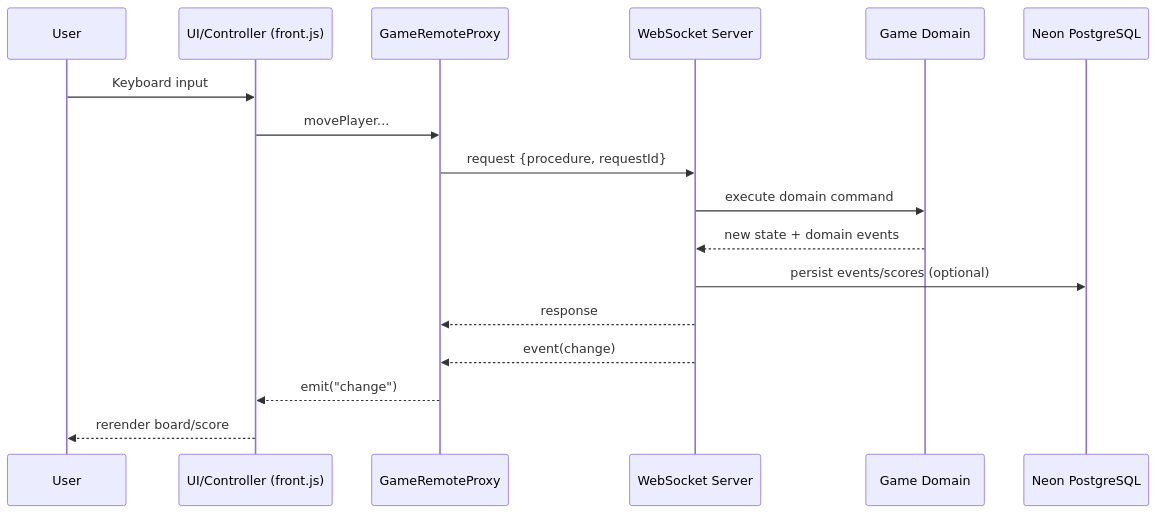
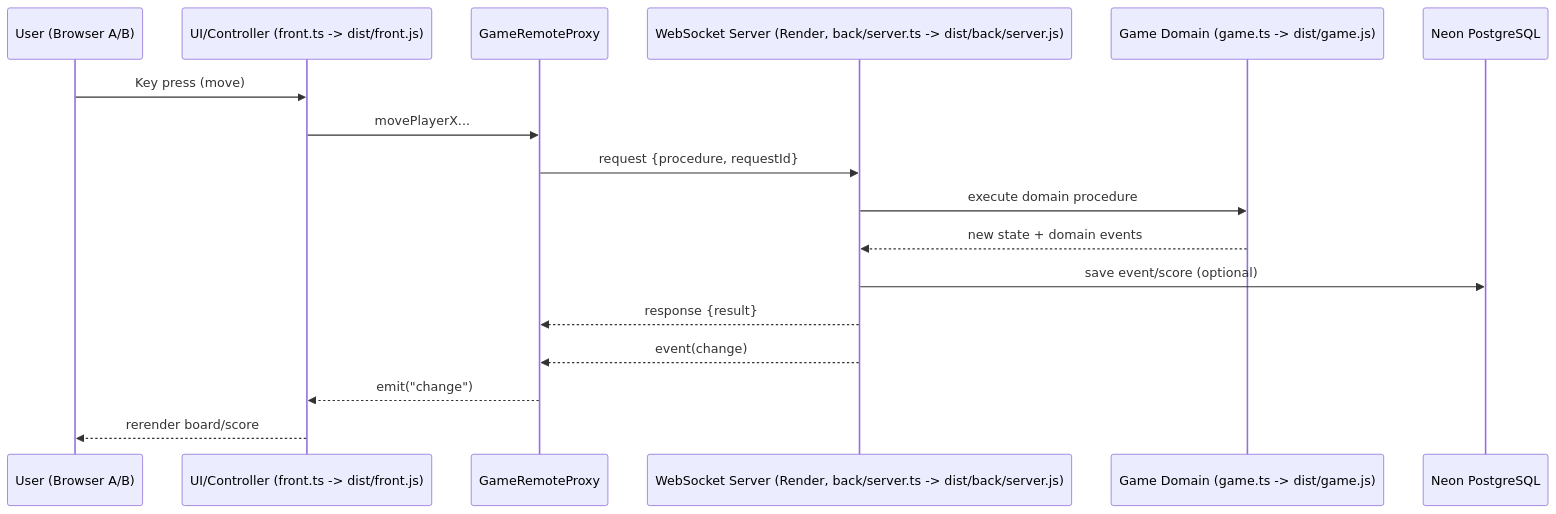
Before and after one commit to Alexander0Yusov/catch-the-google: the first of 4 diagrams in README.en.md, drawn with Mermaid. The commit also changed other lines of this file and 3 other files, not shown here.

````diff
--- a/README.en.md
+++ b/README.en.md
@@ -47,20 +71,20 @@
 ```mermaid
 sequenceDiagram
-  participant U as User
-  participant UI as UI/Controller (front.js)
+  participant U as User (Browser A/B)
+  participant UI as UI/Controller (front.ts -> dist/front.js)
   participant RP as GameRemoteProxy
-  participant WS as WebSocket Server
-  participant D as Game Domain
+  participant WS as WebSocket Server (Render, back/server.ts -> dist/back/server.js)
+  participant D as Game Domain (game.ts -> dist/game.js)
   participant DB as Neon PostgreSQL
 
-  U->>UI: Keyboard input
-  UI->>RP: movePlayer...
+  U->>UI: Key press (move)
+  UI->>RP: movePlayerX...
   RP->>WS: request {procedure, requestId}
-  WS->>D: execute domain command
+  WS->>D: execute domain procedure
   D-->>WS: new state + domain events
-  WS->>DB: persist events/scores (optional)
-  WS-->>RP: response
+  WS->>DB: save event/score (optional)
+  WS-->>RP: response {result}
   WS-->>RP: event(change)
   RP-->>UI: emit("change")
   UI-->>U: rerender board/score
 ```
````
